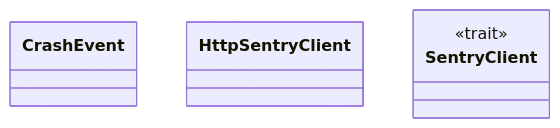
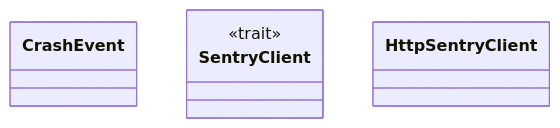
Before and after one commit to lgcorzo/rust_CACD_autonomous_factory: the first of 2 diagrams in wiki/crates_factory-infrastructure_src_sentry.md, drawn with Mermaid. The commit also changed other lines of this file and 58 other files, not shown here.

````diff
--- a/wiki/crates_factory-infrastructure_src_sentry.md
+++ b/wiki/crates_factory-infrastructure_src_sentry.md
@@ -16,8 +16,8 @@
 ```mermaid
 classDiagram
     class CrashEvent
-    class HttpSentryClient
     class SentryClient {
         <<trait>>
     }
+    class HttpSentryClient
 ```
````
